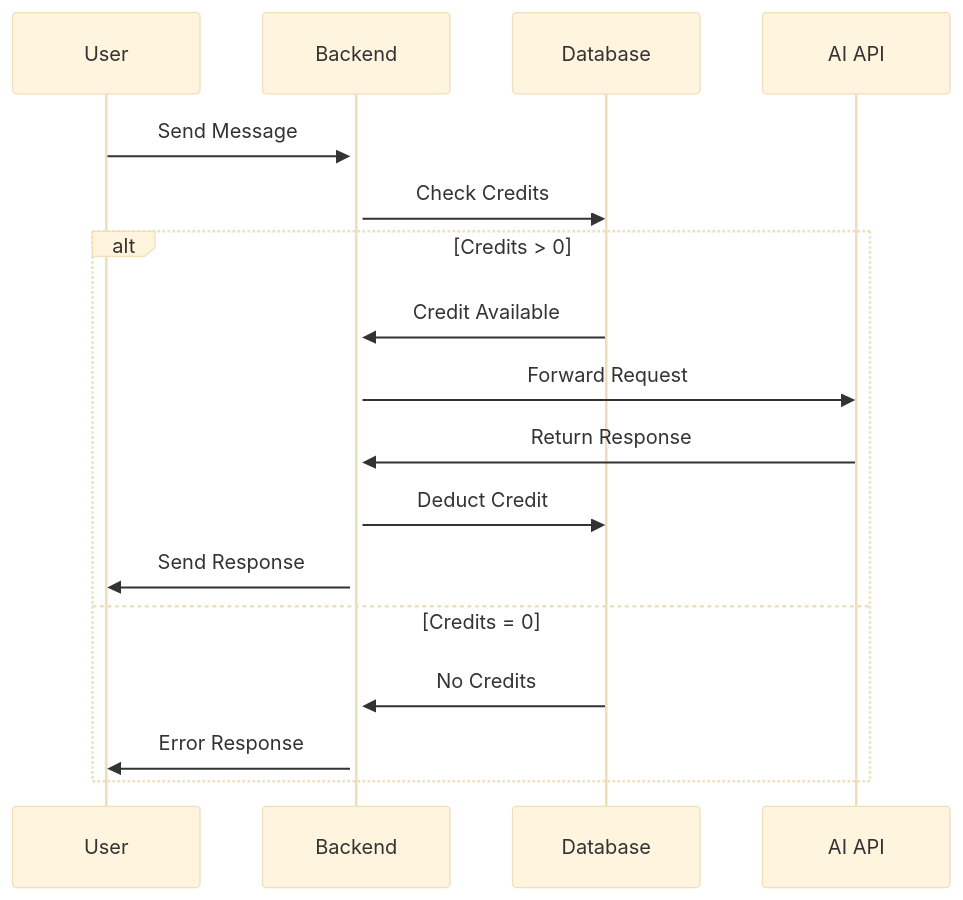
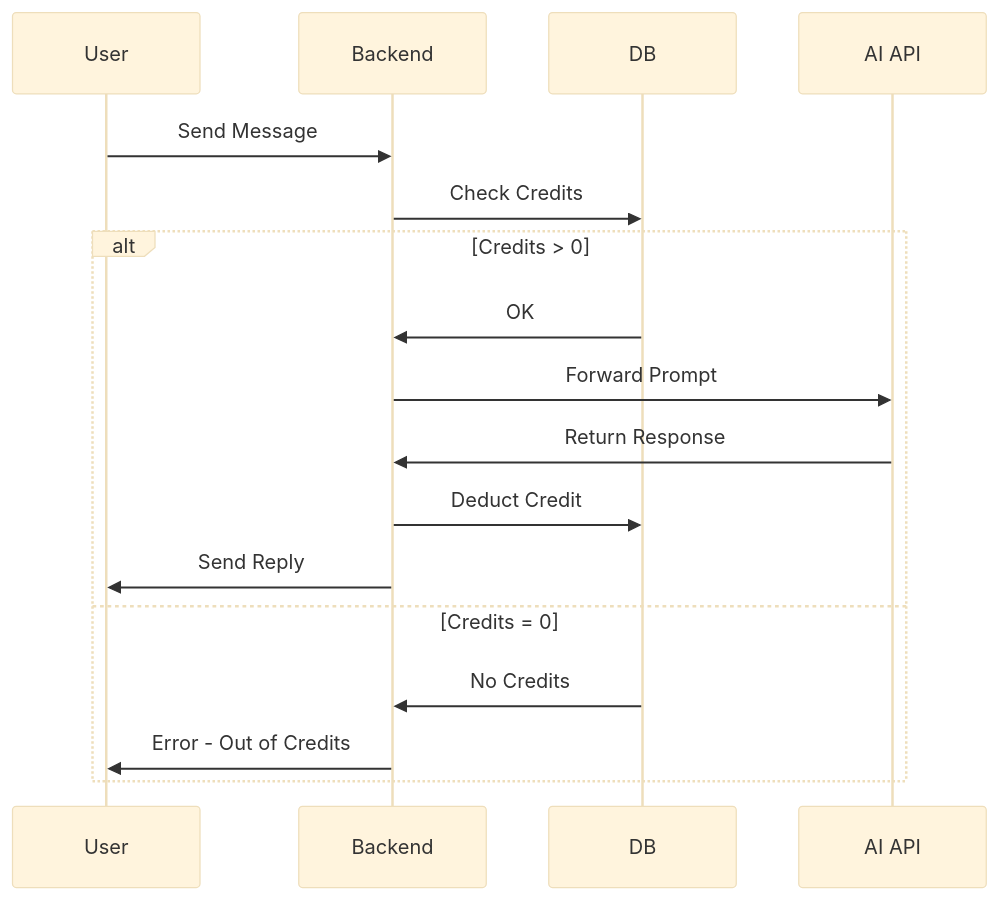
One commit to 201Harsh/Emo-AI-CB changed the second of 2 diagrams in readme.md. Above: the diagram before and after it, drawn with Mermaid (base theme). The commit also changed other lines of this file, not shown here.

````diff
--- a/readme.md
+++ b/readme.md
@@ -240,15 +134,15 @@
 ```mermaid
 sequenceDiagram
-  User->>+Backend: Send Message
-  Backend->>Database: Check Credits
+  User->>Backend: Send Message
+  Backend->>DB: Check Credits
   alt Credits > 0
-    Database->>Backend: Credit Available
-    Backend->>AI API: Forward Request
+    DB->>Backend: OK
+    Backend->>AI API: Forward Prompt
     AI API->>Backend: Return Response
-    Backend->>Database: Deduct Credit
-    Backend->>User: Send Response
+    Backend->>DB: Deduct Credit
+    Backend->>User: Send Reply
   else Credits = 0
-    Database->>Backend: No Credits
-    Backend->>User: Error Response
+    DB->>Backend: No Credits
+    Backend->>User: Error - Out of Credits
   end
 ```
````
